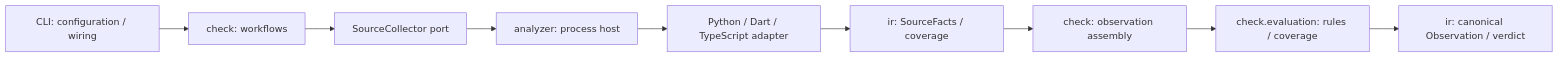
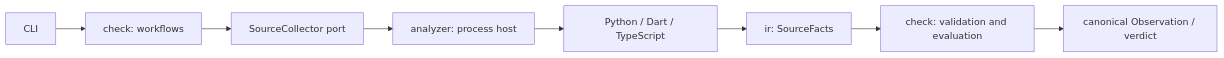
One commit to rapiddweller/archkeel changed the diagram in docs/architecture/language-adapter-target.md. Above: the diagram before and after it, drawn with Mermaid. The commit also changed other lines of this file and 231 other files, not shown here.

````diff
--- a/docs/architecture/language-adapter-target.md
+++ b/docs/architecture/language-adapter-target.md
@@ -13,11 +10,10 @@
 ```mermaid
 flowchart LR
-  CLI["CLI: configuration / wiring"] --> CHECK["check: workflows"]
-  CHECK --> PORT["SourceCollector port"]
-  PORT --> PROCESS["analyzer: process host"]
-  PROCESS --> ADAPTER["Python / Dart / TypeScript adapter"]
-  ADAPTER --> FACTS["ir: SourceFacts / coverage"]
-  FACTS --> OBS["check: observation assembly"]
-  OBS --> EVAL["check.evaluation: rules / coverage"]
-  EVAL --> RESULT["ir: canonical Observation / verdict"]
+  CLI --> CHECK[check: workflows]
+  CHECK --> PORT[SourceCollector port]
+  PORT --> HOST[analyzer: process host]
+  HOST --> ADAPTER[Python / Dart / TypeScript]
+  ADAPTER --> FACTS[ir: SourceFacts]
+  FACTS --> CORE[check: validation and evaluation]
+  CORE --> RESULT[canonical Observation / verdict]
 ```
````
